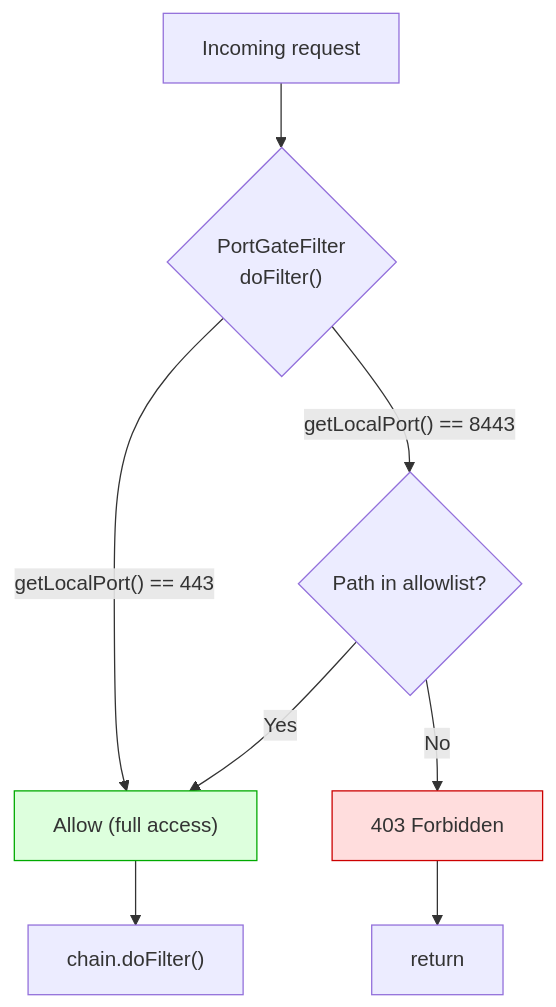
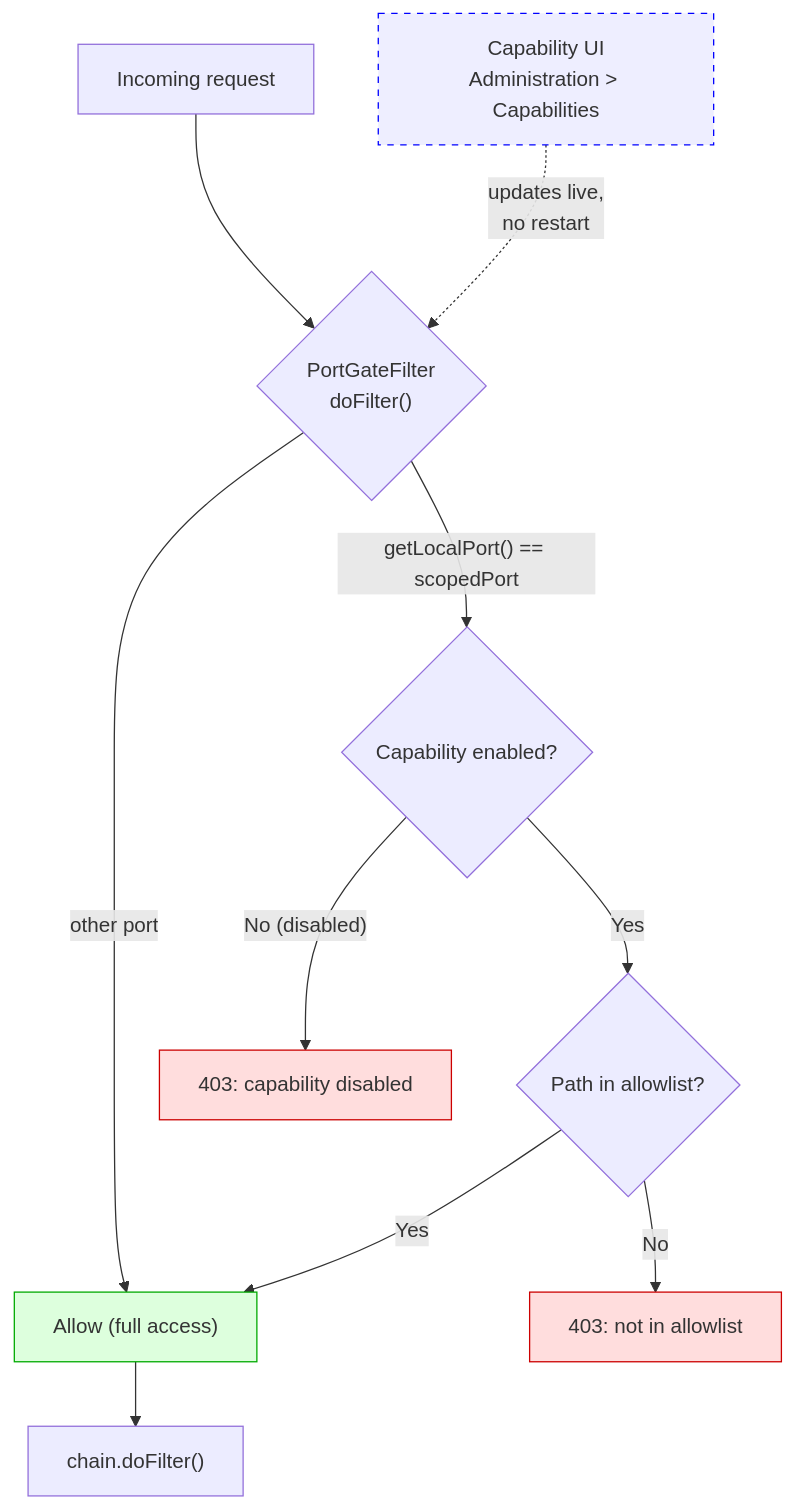
One commit to Daviey/nexus-agent-trust changed the diagram in 03-plugin/README.md. Above: the diagram before and after it, drawn with Mermaid. The commit also changed other lines of this file and 5 other files, not shown here.

First line of the commit message:
Rewrite port-gate plugin as Nexus Capability with hot-reloadable config

````diff
--- a/03-plugin/README.md
+++ b/03-plugin/README.md
@@ -10,15 +11,21 @@
 ```mermaid
 graph TD
     REQ["Incoming request"] --> FILTER{"PortGateFilter<br/>doFilter()"}
-    FILTER -->|"getLocalPort() == 8443"| CHECK{"Path in allowlist?"}
-    FILTER -->|"getLocalPort() == 443"| PASS["Allow (full access)"]
+    FILTER -->|"getLocalPort() == scopedPort"| CHECK{"Capability enabled?"}
+    FILTER -->|"other port"| PASS["Allow (full access)"]
 
-    CHECK -->|"Yes"| PASS
-    CHECK -->|"No"| DENY["403 Forbidden"]
+    CHECK -->|"Yes"| PATHS{"Path in allowlist?"}
+    CHECK -->|"No (disabled)"| DENY["403: capability disabled"]
+
+    PATHS -->|"Yes"| PASS
+    PATHS -->|"No"| DENY2["403: not in allowlist"]
 
     PASS --> CHAIN["chain.doFilter()"]
-    DENY --> END["return"]
+
+    CONFIG["Capability UI<br/>Administration > Capabilities"] -.->|"updates live,<br/>no restart"| FILTER
 
     style DENY fill:#fdd,stroke:#c00
+    style DENY2 fill:#fdd,stroke:#c00
     style PASS fill:#dfd,stroke:#0a0
+    style CONFIG fill:#eef,stroke:#00f,stroke-dasharray: 5 5
 ```
````
